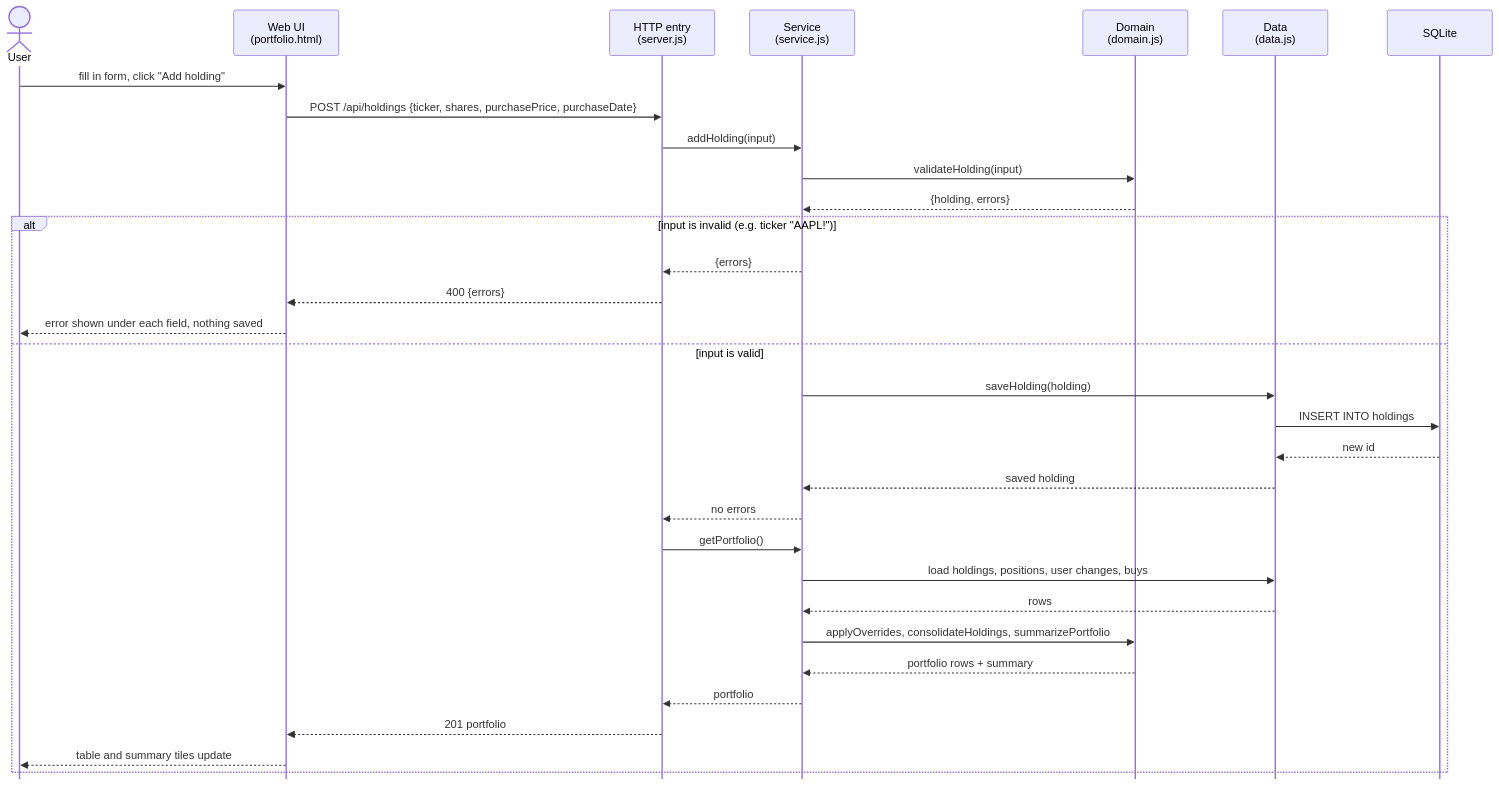
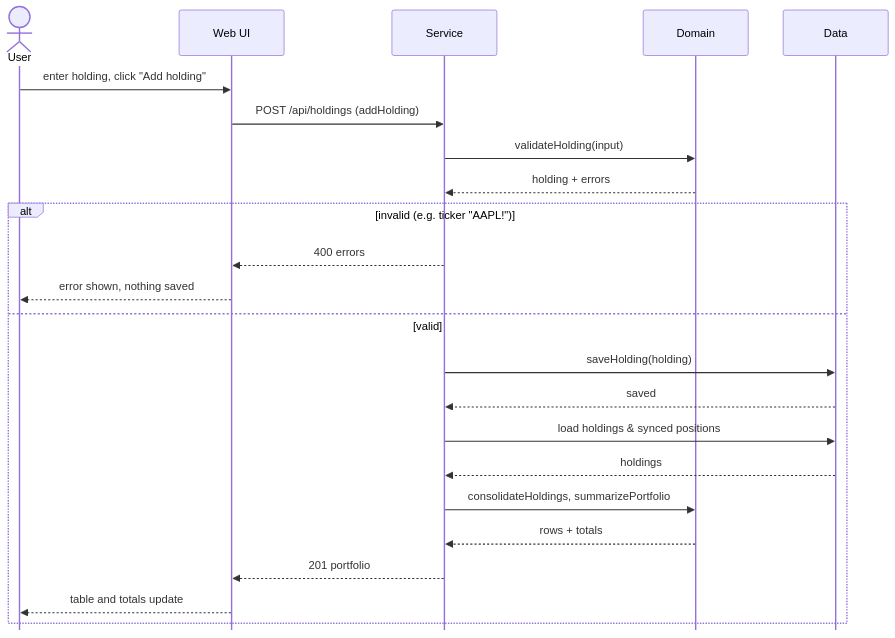
Before and after one commit to dquin144/cen5064-project-quinones: the fourth of 5 diagrams in README.md, drawn with Mermaid. The commit also changed other lines of this file, not shown here.

First line of the commit message:
Simplify diagrams and show planned features

````diff
--- a/README.md
+++ b/README.md
@@ -232,36 +213,27 @@
 ```mermaid
-%%{init: {'sequence': {'messageMargin': 35, 'mirrorActors': false, 'boxMargin': 10}}}%%
+%%{init: {'sequence': {'messageMargin': 45, 'mirrorActors': false, 'boxMargin': 15}}}%%
 sequenceDiagram
     actor U as User
-    participant UI as Web UI<br/>(portfolio.html)
-    participant H as HTTP entry<br/>(server.js)
-    participant S as Service<br/>(service.js)
-    participant Dom as Domain<br/>(domain.js)
-    participant D as Data<br/>(data.js)
-    participant DB as SQLite
+    participant UI as Web UI
+    participant S as Service
+    participant Dom as Domain
+    participant D as Data
 
-    U->>UI: fill in form, click "Add holding"
-    UI->>H: POST /api/holdings {ticker, shares, purchasePrice, purchaseDate}
-    H->>S: addHolding(input)
+    U->>UI: enter holding, click "Add holding"
+    UI->>S: POST /api/holdings (addHolding)
     S->>Dom: validateHolding(input)
-    Dom-->>S: {holding, errors}
-    alt input is invalid (e.g. ticker "AAPL!")
-        S-->>H: {errors}
-        H-->>UI: 400 {errors}
-        UI-->>U: error shown under each field, nothing saved
-    else input is valid
+    Dom-->>S: holding + errors
+    alt invalid (e.g. ticker "AAPL!")
+        S-->>UI: 400 errors
+        UI-->>U: error shown, nothing saved
+    else valid
         S->>D: saveHolding(holding)
-        D->>DB: INSERT INTO holdings
-        DB-->>D: new id
-        D-->>S: saved holding
-        S-->>H: no errors
-        H->>S: getPortfolio()
-        S->>D: load holdings, positions, user changes, buys
-        D-->>S: rows
-        S->>Dom: applyOverrides, consolidateHoldings, summarizePortfolio
-        Dom-->>S: portfolio rows + summary
-        S-->>H: portfolio
-        H-->>UI: 201 portfolio
-        UI-->>U: table and summary tiles update
+        D-->>S: saved
+        S->>D: load holdings & synced positions
+        D-->>S: holdings
+        S->>Dom: consolidateHoldings, summarizePortfolio
+        Dom-->>S: rows + totals
+        S-->>UI: 201 portfolio
+        UI-->>U: table and totals update
     end
 ```
````
